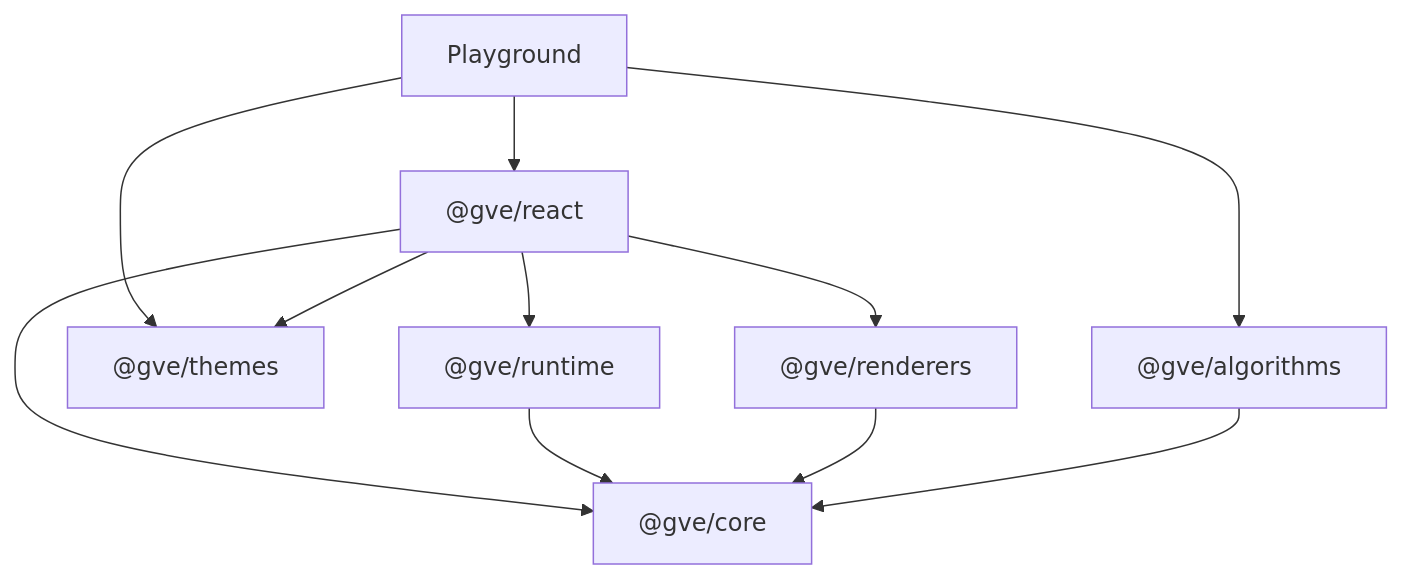
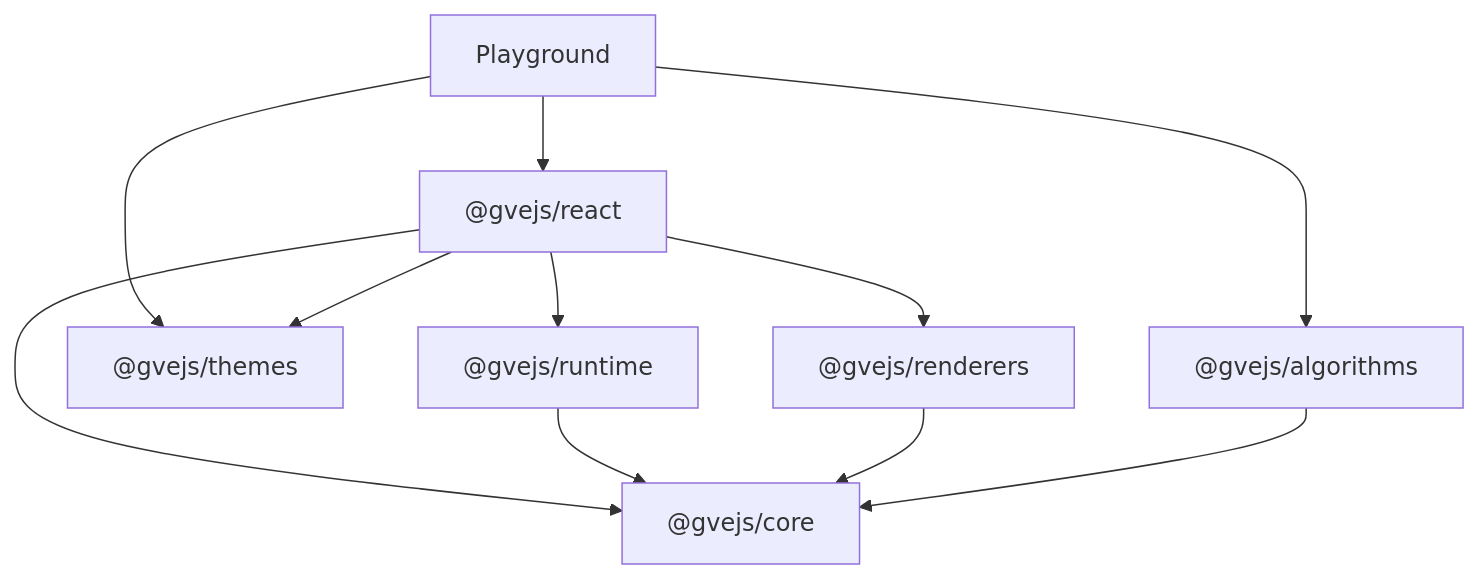
Before and after one commit to rms-pro/gve: the diagram in README.md, drawn with Mermaid. The commit also changed other lines of this file and 43 other files, not shown here.

Commit message:
chore: migrate GVE packages to @gvejs scope

````diff
--- a/README.md
+++ b/README.md
@@ -43,13 +43,13 @@
 ```mermaid
 graph TD
-  Playground --> ReactBinding["@gve/react"]
-  Playground --> Algorithms["@gve/algorithms"]
-  Playground --> Themes["@gve/themes"]
-  ReactBinding --> Runtime["@gve/runtime"]
-  ReactBinding --> Renderers["@gve/renderers"]
+  Playground --> ReactBinding["@gvejs/react"]
+  Playground --> Algorithms["@gvejs/algorithms"]
+  Playground --> Themes["@gvejs/themes"]
+  ReactBinding --> Runtime["@gvejs/runtime"]
+  ReactBinding --> Renderers["@gvejs/renderers"]
   ReactBinding --> Themes
-  ReactBinding --> Core["@gve/core"]
+  ReactBinding --> Core["@gvejs/core"]
   Runtime --> Core
   Renderers --> Core
   Algorithms --> Core
 ```
````
